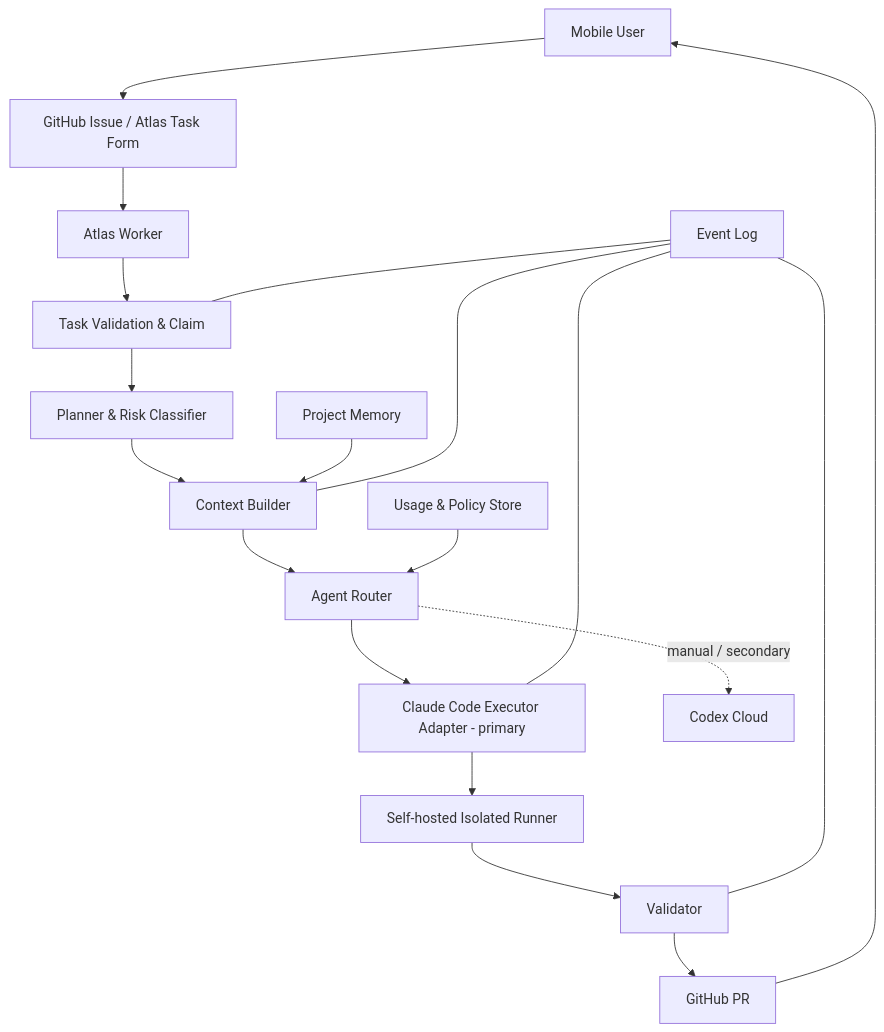
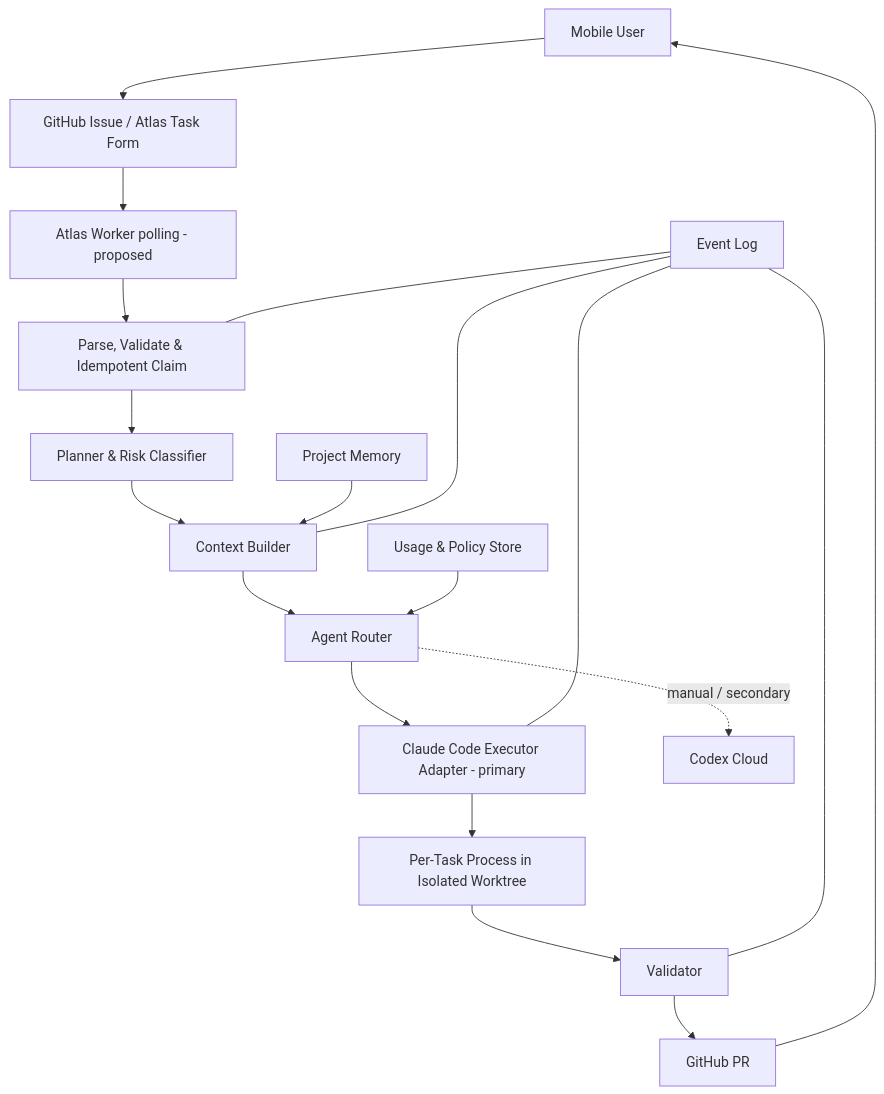
One commit to hongwon1031/atlas changed the second of 3 diagrams in docs/architecture.md. Above: the diagram before and after it, drawn with Mermaid. The commit also changed other lines of this file and 8 other files, not shown here.

Commit message:
docs: align Atlas operating model and roadmap

````diff
--- a/docs/architecture.md
+++ b/docs/architecture.md
@@ -34,21 +36,21 @@
 ```mermaid
 flowchart TD
     U["Mobile User"] --> GI["GitHub Issue / Atlas Task Form"]
-    GI --> W["Atlas Worker"]
-    W --> I["Task Validation & Claim"]
+    GI --> W["Atlas Worker polling - proposed"]
+    W --> I["Parse, Validate & Idempotent Claim"]
     I --> P["Planner & Risk Classifier"]
     P --> C["Context Builder"]
     C --> R["Agent Router"]
     R --> E["Claude Code Executor Adapter - primary"]
     R -. "manual / secondary" .-> CC["Codex Cloud"]
-    E --> X["Self-hosted Isolated Runner"]
+    E --> X["Per-Task Process in Isolated Worktree"]
     X --> V["Validator"]
     V --> G["GitHub PR"]
     G --> U
     M["Project Memory"] --> C
     S["Usage & Policy Store"] --> R
     O["Event Log"] --- I
     O --- C
     O --- E
     O --- V
 ```
````
